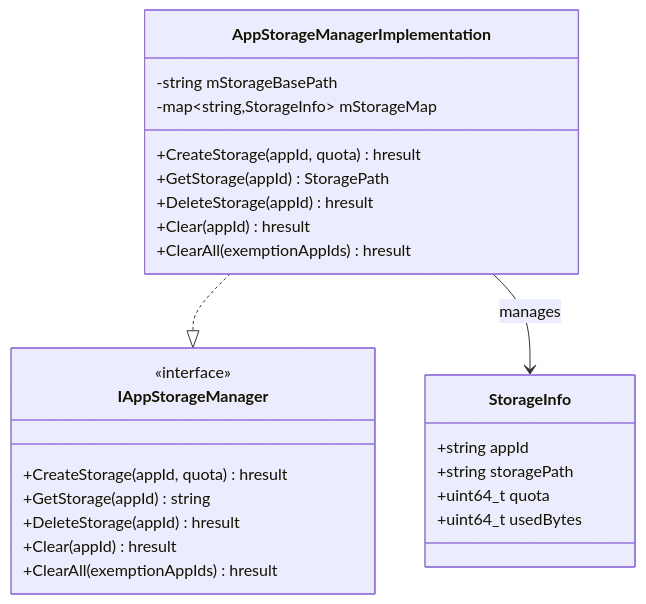
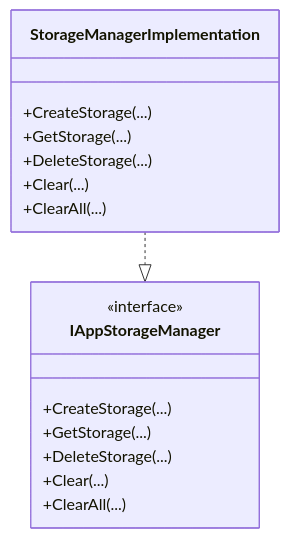
One commit to rdkcentral/entservices-appmanagers changed the second of 4 diagrams in AppStorageManager/AppStorageManager.md. Above: the diagram before and after it, drawn with Mermaid. The commit also changed other lines of this file, not shown here.

Commit message:
Potential fix for pull request finding

````diff
--- a/AppStorageManager/AppStorageManager.md
+++ b/AppStorageManager/AppStorageManager.md
@@ -55,31 +55,21 @@
 ```mermaid
 classDiagram
-    class AppStorageManagerImplementation {
-        -string mStorageBasePath
-        -map~string,StorageInfo~ mStorageMap
-        +CreateStorage(appId, quota) hresult
-        +GetStorage(appId) StoragePath
-        +DeleteStorage(appId) hresult
-        +Clear(appId) hresult
-        +ClearAll(exemptionAppIds) hresult
-    }
-
-    class StorageInfo {
-        +string appId
-        +string storagePath
-        +uint64_t quota
-        +uint64_t usedBytes
+    class StorageManagerImplementation {
+        +CreateStorage(...)
+        +GetStorage(...)
+        +DeleteStorage(...)
+        +Clear(...)
+        +ClearAll(...)
     }
 
     class IAppStorageManager {
         <<interface>>
-        +CreateStorage(appId, quota) hresult
-        +GetStorage(appId) string
-        +DeleteStorage(appId) hresult
-        +Clear(appId) hresult
-        +ClearAll(exemptionAppIds) hresult
+        +CreateStorage(...)
+        +GetStorage(...)
+        +DeleteStorage(...)
+        +Clear(...)
+        +ClearAll(...)
     }
 
-    AppStorageManagerImplementation ..|> IAppStorageManager
-    AppStorageManagerImplementation --> StorageInfo: manages
+    StorageManagerImplementation ..|> IAppStorageManager
 ```
````
